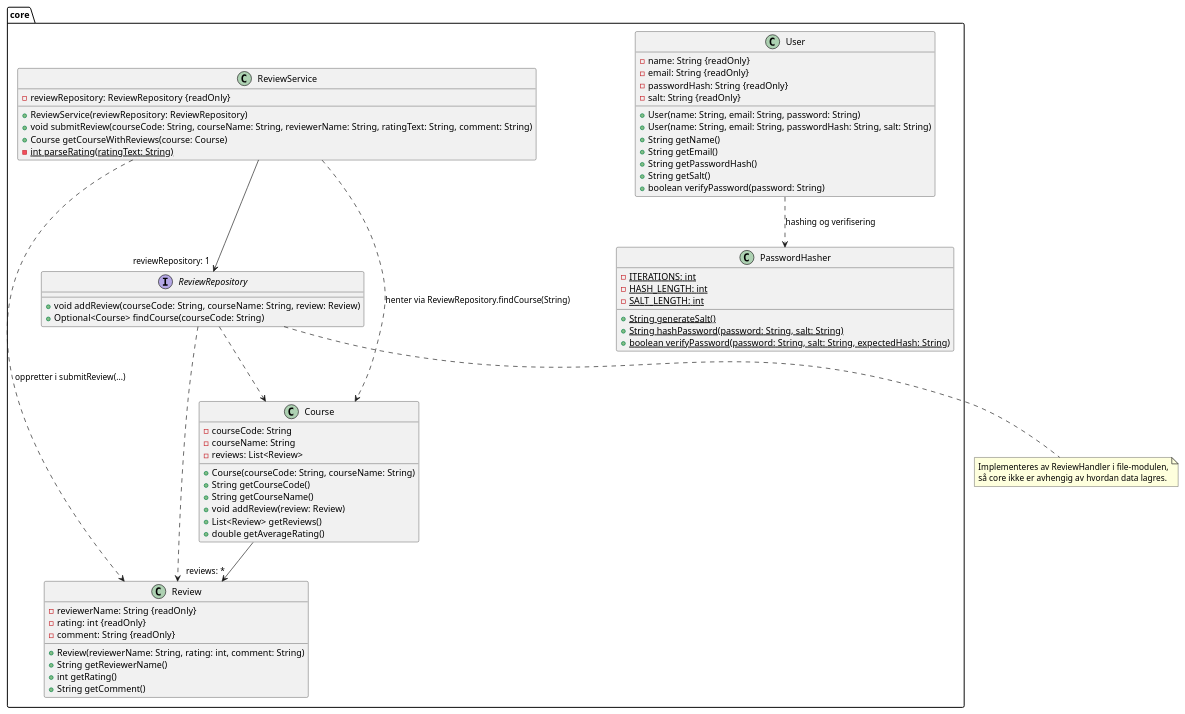
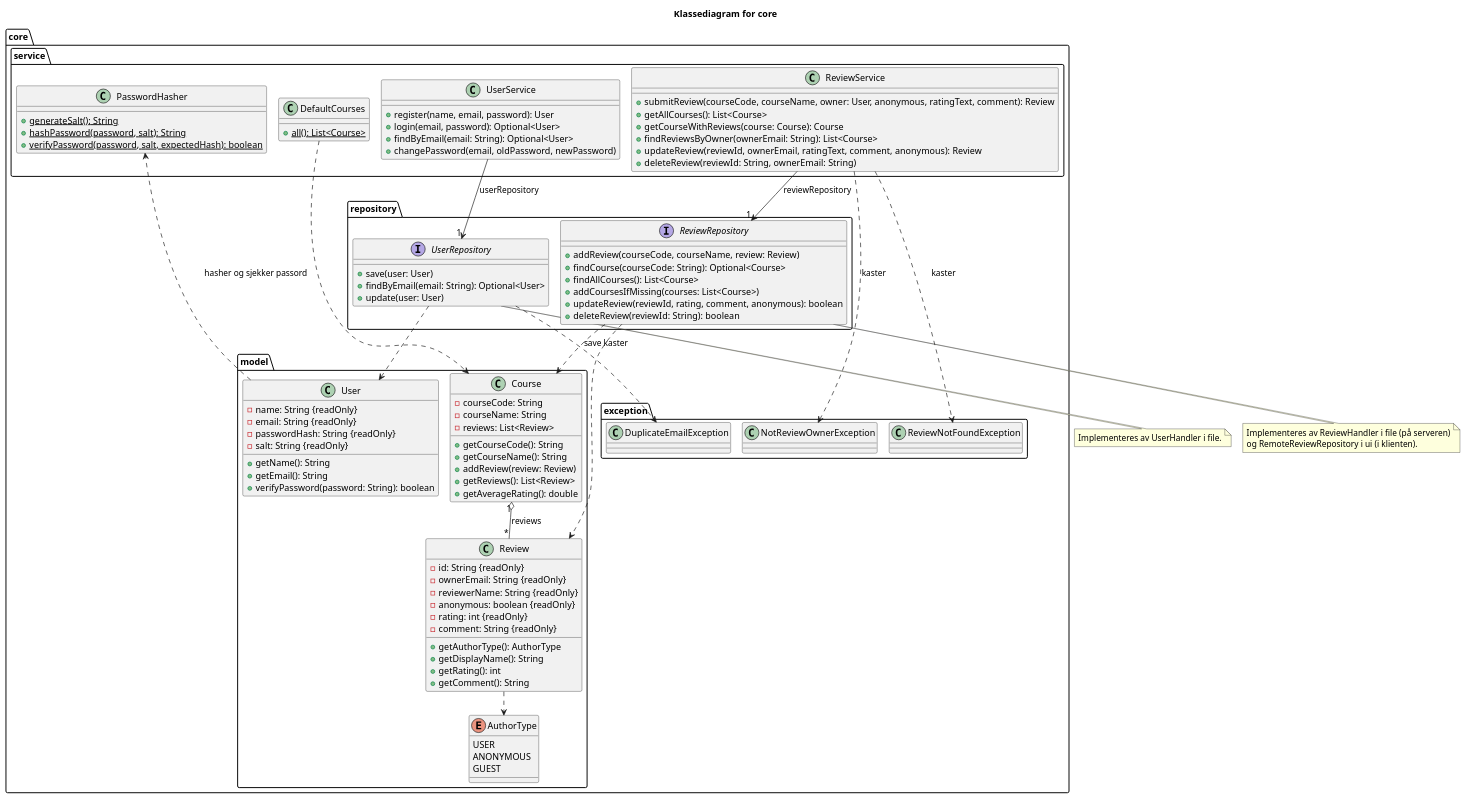
One commit to JesperBarosen/BIThub changed the diagram in arkitektur/klassediagramCore.puml. Above: the diagram before and after it, drawn with PlantUML. The commit also changed 3 other files, not shown here.

First line of the commit message:
Oppdater klassediagrammene for core og file

```diff
--- a/arkitektur/klassediagramCore.puml
+++ b/arkitektur/klassediagramCore.puml
@@ -1,77 +1,123 @@
-@startuml klassediagramCore
+@startuml
+!pragma layout smetana
 
-package core {
+title Klassediagram for core
 
+package core.model {
     class Course {
         - courseCode: String
         - courseName: String
         - reviews: List<Review>
-        + Course(courseCode: String, courseName: String)
-        + String getCourseCode()
-        + String getCourseName()
-        + void addReview(review: Review)
-        + List<Review> getReviews()
-        + double getAverageRating()
+        + getCourseCode(): String
+        + getCourseName(): String
+        + addReview(review: Review)
+        + getReviews(): List<Review>
+        + getAverageRating(): double
     }
 
     class Review {
+        - id: String {readOnly}
+        - ownerEmail: String {readOnly}
         - reviewerName: String {readOnly}
+        - anonymous: boolean {readOnly}
         - rating: int {readOnly}
         - comment: String {readOnly}
-        + Review(reviewerName: String, rating: int, comment: String)
-        + String getReviewerName()
-        + int getRating()
-        + String getComment()
+        + getAuthorType(): AuthorType
+        + getDisplayName(): String
+        + getRating(): int
+        + getComment(): String
+    }
+
+    enum AuthorType {
+        USER
+        ANONYMOUS
+        GUEST
     }
 
     class User {
         - name: String {readOnly}
         - email: String {readOnly}
         - passwordHash: String {readOnly}
         - salt: String {readOnly}
-        + User(name: String, email: String, password: String)
-        + User(name: String, email: String, passwordHash: String, salt: String)
-        + String getName()
-        + String getEmail()
-        + String getPasswordHash()
-        + String getSalt()
-        + boolean verifyPassword(password: String)
+        + getName(): String
+        + getEmail(): String
+        + verifyPassword(password: String): boolean
+    }
+}
+
+package core.service {
+    class ReviewService {
+        + submitReview(courseCode, courseName, owner: User, anonymous, ratingText, comment): Review
+        + getAllCourses(): List<Course>
+        + getCourseWithReviews(course: Course): Course
+        + findReviewsByOwner(ownerEmail: String): List<Course>
+        + updateReview(reviewId, ownerEmail, ratingText, comment, anonymous): Review
+        + deleteReview(reviewId: String, ownerEmail: String)
+    }
+
+    class UserService {
+        + register(name, email, password): User
+        + login(email, password): Optional<User>
+        + findByEmail(email: String): Optional<User>
+        + changePassword(email, oldPassword, newPassword)
     }
 
     class PasswordHasher {
-        - {static} ITERATIONS: int
-        - {static} HASH_LENGTH: int
-        - {static} SALT_LENGTH: int
-        + {static} String generateSalt()
-        + {static} String hashPassword(password: String, salt: String)
-        + {static} boolean verifyPassword(password: String, salt: String, expectedHash: String)
+        + {static} generateSalt(): String
+        + {static} hashPassword(password, salt): String
+        + {static} verifyPassword(password, salt, expectedHash): boolean
     }
 
+    class DefaultCourses {
+        + {static} all(): List<Course>
+    }
+}
+
+package core.repository {
     interface ReviewRepository {
-        + void addReview(courseCode: String, courseName: String, review: Review)
-        + Optional<Course> findCourse(courseCode: String)
+        + addReview(courseCode, courseName, review: Review)
+        + findCourse(courseCode: String): Optional<Course>
+        + findAllCourses(): List<Course>
+        + addCoursesIfMissing(courses: List<Course>)
+        + updateReview(reviewId, rating, comment, anonymous): boolean
+        + deleteReview(reviewId: String): boolean
     }
 
-    class ReviewService {
-        - reviewRepository: ReviewRepository {readOnly}
-        + ReviewService(reviewRepository: ReviewRepository)
-        + void submitReview(courseCode: String, courseName: String, reviewerName: String, ratingText: String, comment: String)
-        + Course getCourseWithReviews(course: Course)
-        - {static} int parseRating(ratingText: String)
+    interface UserRepository {
+        + save(user: User)
+        + findByEmail(email: String): Optional<User>
+        + update(user: User)
     }
-
-    User ..> PasswordHasher : hashing og verifisering
-    Course --> "reviews: *" Review
-    ReviewService --> "reviewRepository: 1" ReviewRepository
-    ReviewService ..> Course : henter via ReviewRepository.findCourse(String)
-    ReviewService ..> Review : oppretter i submitReview(...)
-    ReviewRepository ..> Course
-    ReviewRepository ..> Review
 }
 
+package core.exception {
+    class ReviewNotFoundException
+    class NotReviewOwnerException
+    class DuplicateEmailException
+}
+
+Course "1" o-- "*" Review : reviews
+Review ..> AuthorType
+User ..> PasswordHasher : hasher og sjekker passord
+
+ReviewService --> "1" ReviewRepository : reviewRepository
+UserService --> "1" UserRepository : userRepository
+ReviewService ..> ReviewNotFoundException : kaster
+ReviewService ..> NotReviewOwnerException : kaster
+UserRepository ..> DuplicateEmailException : save kaster
+DefaultCourses ..> Course
+
+ReviewRepository ..> Course
+ReviewRepository ..> Review
+UserRepository ..> User
+
 note bottom of ReviewRepository
-  Implementeres av ReviewHandler i file-modulen,
-  så core ikke er avhengig av hvordan data lagres.
+  Implementeres av ReviewHandler i file (på serveren)
+  og RemoteReviewRepository i ui (i klienten).
+end note
+
+note bottom of UserRepository
+  Implementeres av UserHandler i file.
 end note
 
 @enduml
```
